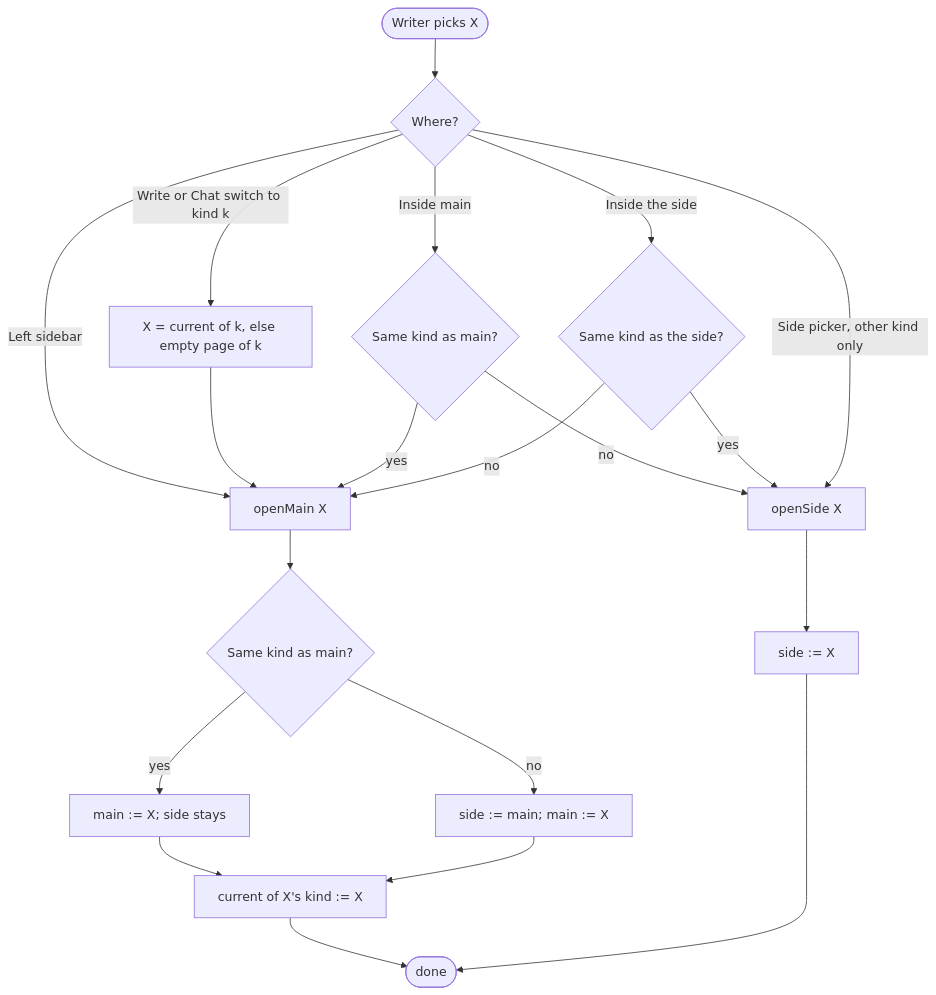
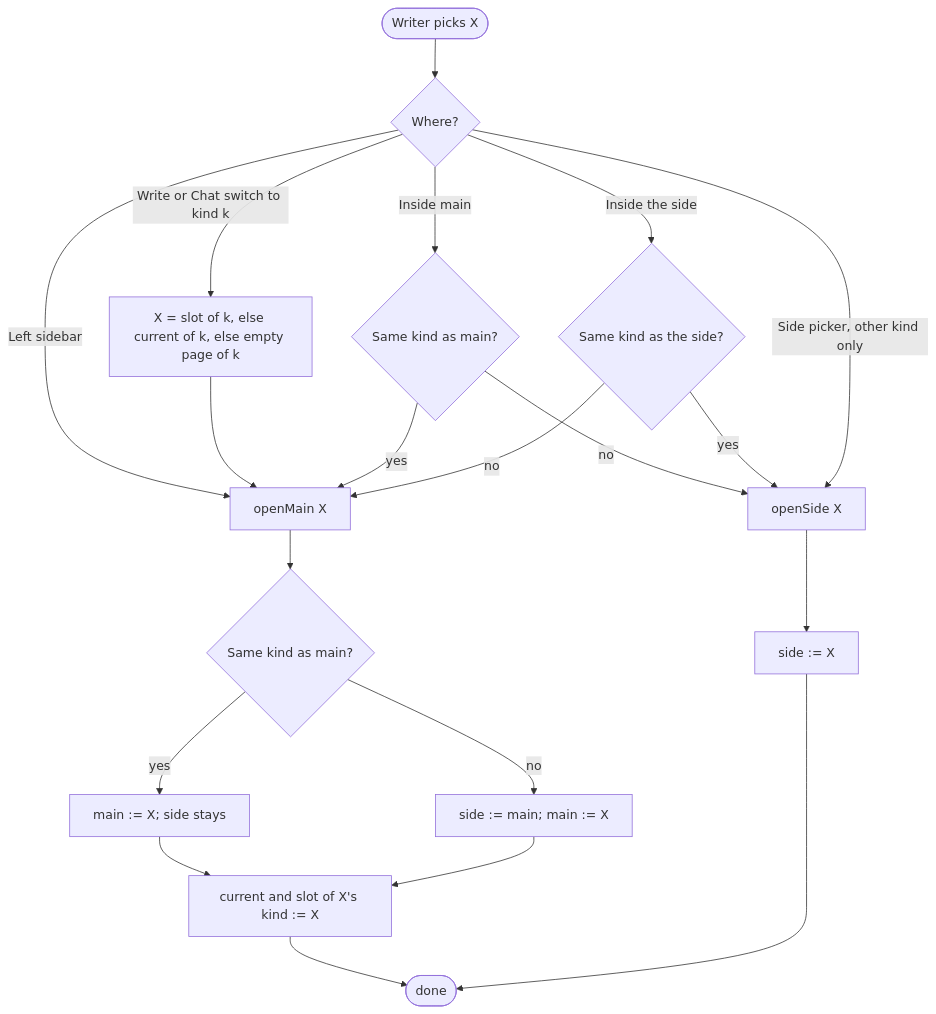
The first of 2 diagrams in apps/app/src/features/project/.context/pane-state-machine.md (haowjy/meridian-flow), drawn with Mermaid before and after one commit. The commit also changed other lines of this file and 16 other files, not shown here.

First line of the commit message:
The Write | Chat switch animates the swap; spec is current

````diff
--- a/apps/app/src/features/project/.context/pane-state-machine.md
+++ b/apps/app/src/features/project/.context/pane-state-machine.md
@@ -42,20 +42,20 @@
 ```mermaid
 flowchart TD
   pick([Writer picks X]) --> where{Where?}
   where -->|Left sidebar| om[openMain X]
-  where -->|Write or Chat switch to kind k| cur[X = current of k, else empty page of k] --> om
+  where -->|Write or Chat switch to kind k| cur[X = slot of k, else current of k, else empty page of k] --> om
   where -->|Inside main| inMain{Same kind as main?}
   inMain -->|yes| om
   inMain -->|no| os[openSide X]
   where -->|Inside the side| inSide{Same kind as the side?}
   inSide -->|yes| os
   inSide -->|no| om
   where -->|Side picker, other kind only| os
   om --> kind{Same kind as main?}
   kind -->|yes| rep[main := X; side stays]
   kind -->|no| swap[side := main; main := X]
-  rep --> setcur[current of X's kind := X]
+  rep --> setcur[current and slot of X's kind := X]
   swap --> setcur
   setcur --> done([done])
   os --> sideset[side := X] --> done
 ```
````
